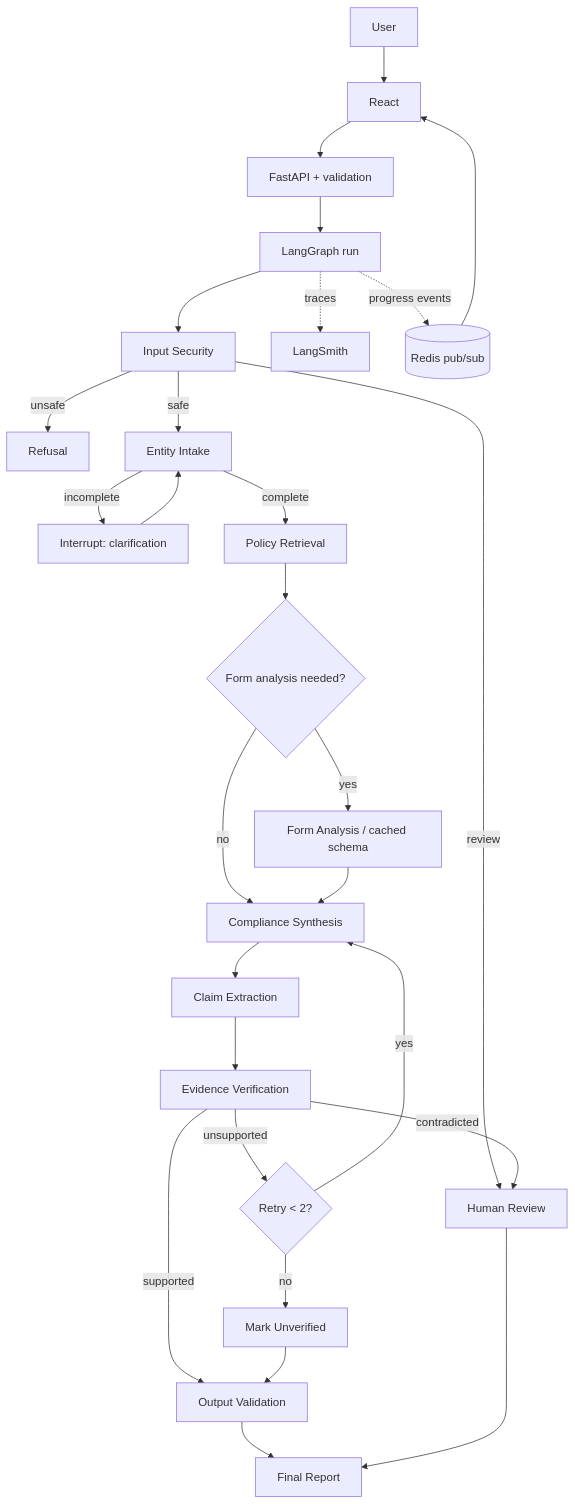
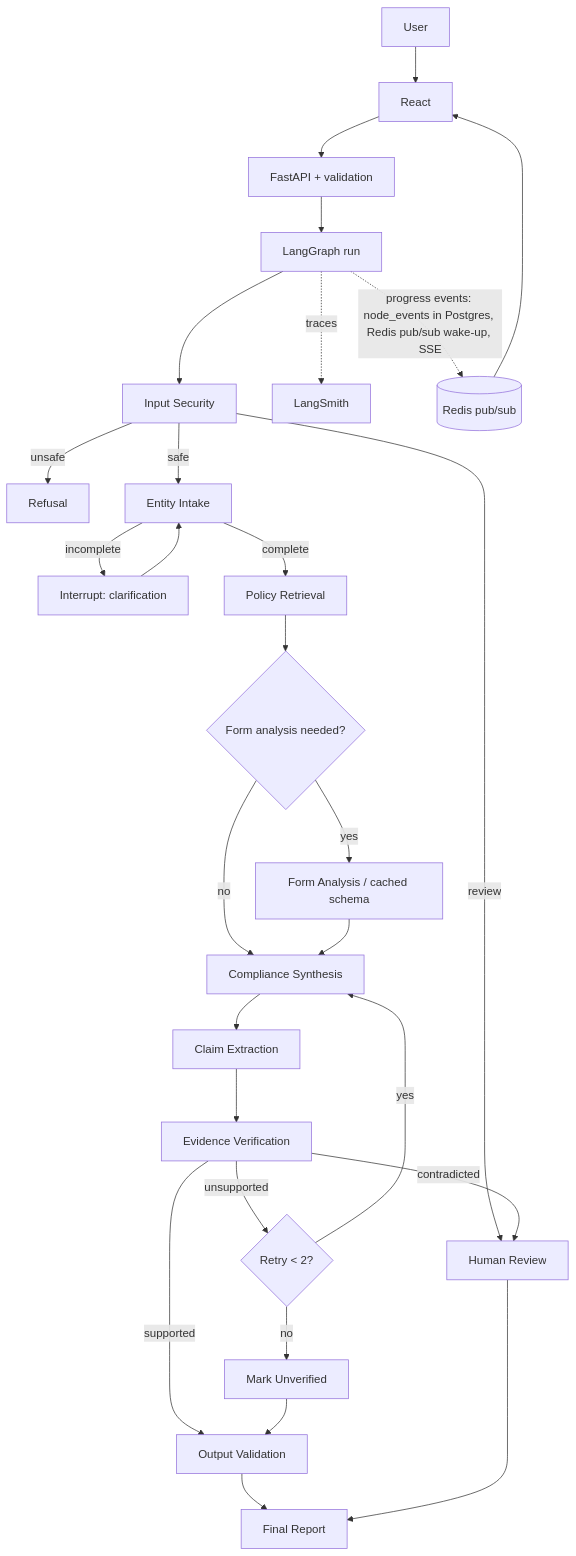
The first of 2 diagrams in docs/01-architecture.md (PROBOTTHACK/kyc-rag), drawn with Mermaid before and after one commit. The commit also changed 16 other files, not shown here.

First line of the commit message:
M3 S7: progress events and SSE

````diff
--- a/docs/01-architecture.md
+++ b/docs/01-architecture.md
@@ -14,28 +14,28 @@
 ```mermaid
 flowchart TD
   U[User] --> FE[React]
   FE --> API[FastAPI + validation]
   API --> G[LangGraph run]
   G --> SEC[Input Security]
   SEC -- unsafe --> REF[Refusal]
   SEC -- review --> HR[Human Review]
   SEC -- safe --> INT[Entity Intake]
   INT -- incomplete --> CLR[Interrupt: clarification] --> INT
   INT -- complete --> RET[Policy Retrieval]
   RET --> FORM{Form analysis needed?}
   FORM -- yes --> GEM[Form Analysis / cached schema]
   FORM -- no --> SYN
   GEM --> SYN[Compliance Synthesis]
   SYN --> CLM[Claim Extraction]
   CLM --> VER[Evidence Verification]
   VER -- supported --> OUT[Output Validation]
   VER -- unsupported --> RL{Retry < 2?}
   RL -- yes --> SYN
   RL -- no --> MARK[Mark Unverified]
   VER -- contradicted --> HR
   MARK --> OUT
   OUT --> REP[Final Report]
   HR --> REP
   G -. traces .-> LS[LangSmith]
-  G -. progress events .-> RD[(Redis pub/sub)] --> FE
+  G -. progress events: node_events in Postgres, Redis pub/sub wake-up, SSE .-> RD[(Redis pub/sub)] --> FE
 ```
````
